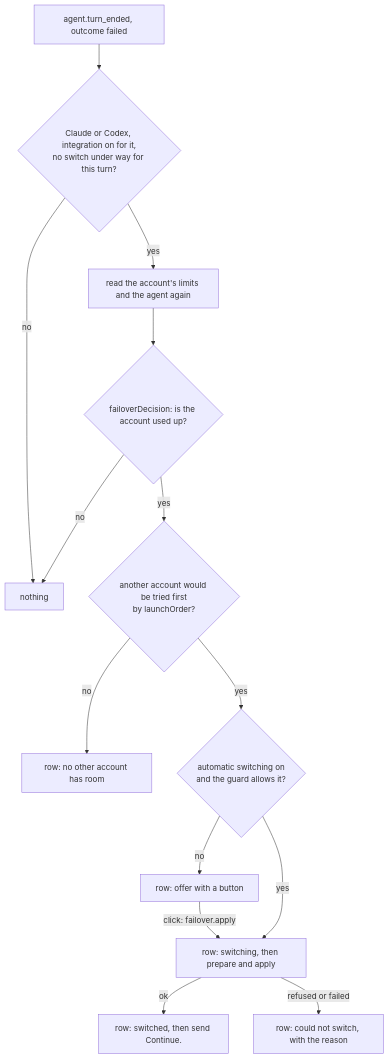
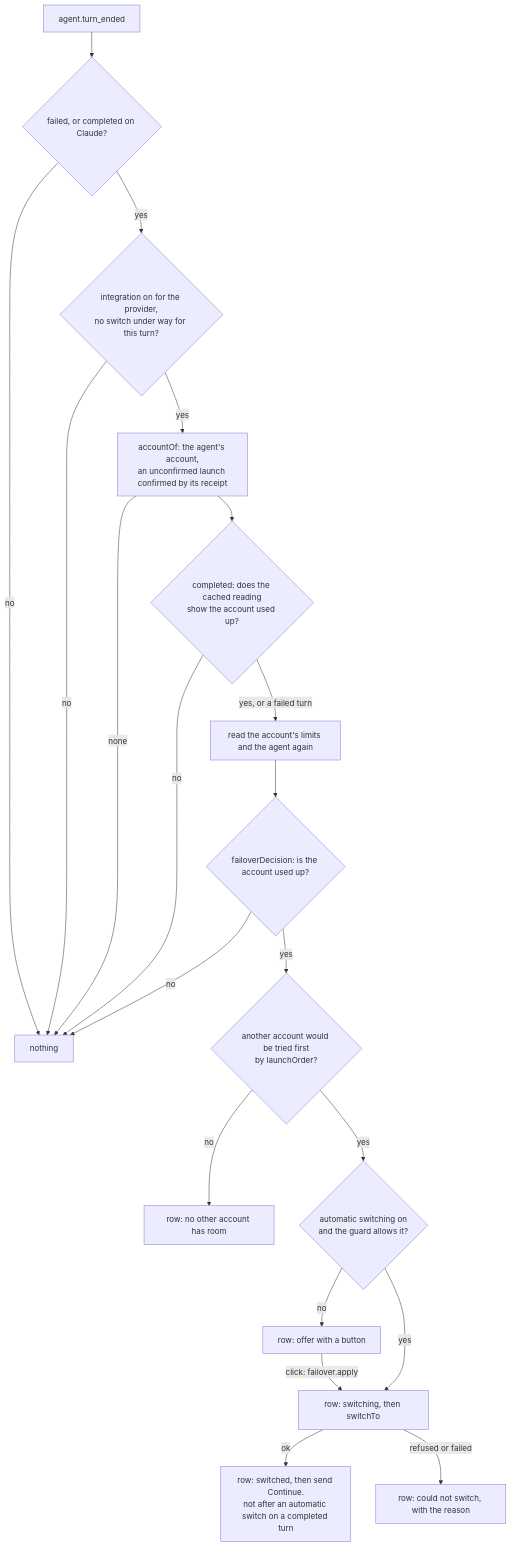
One commit to dutchakdev/paseo-plugin-account-switcher changed the third of 3 diagrams in docs/architecture.md. Above: the diagram before and after it, drawn with Mermaid. The commit also changed other lines of this file and 7 other files, not shown here.

````diff
--- a/docs/architecture.md
+++ b/docs/architecture.md
@@ -101,16 +104,22 @@
 ```mermaid
 flowchart TD
-  T[agent.turn_ended, outcome failed] --> P{Claude or Codex, integration on for it,<br/>no switch under way for this turn?}
-  P -- no --> Z[nothing]
-  P -- yes --> R[read the account's limits and the agent again]
+  T[agent.turn_ended] --> K{failed, or completed on Claude?}
+  K -- no --> Z[nothing]
+  K -- yes --> P{integration on for the provider,<br/>no switch under way for this turn?}
+  P -- no --> Z
+  P -- yes --> W[accountOf: the agent's account,<br/>an unconfirmed launch confirmed by its receipt]
+  W -- none --> Z
+  W --> Q{completed: does the cached reading<br/>show the account used up?}
+  Q -- no --> Z
+  Q -- "yes, or a failed turn" --> R[read the account's limits and the agent again]
   R --> E{failoverDecision: is the account used up?}
   E -- no --> Z
   E -- yes --> C{another account would be tried first<br/>by launchOrder?}
   C -- no --> N[row: no other account has room]
   C -- yes --> A{automatic switching on<br/>and the guard allows it?}
   A -- no --> O[row: offer with a button]
   O -->|click: failover.apply| S
-  A -- yes --> S[row: switching, then prepare and apply]
-  S -- ok --> D[row: switched, then send Continue.]
+  A -- yes --> S[row: switching, then switchTo]
+  S -- ok --> D[row: switched, then send Continue.<br/>not after an automatic switch on a completed turn]
   S -- refused or failed --> F[row: could not switch, with the reason]
 ```
````
